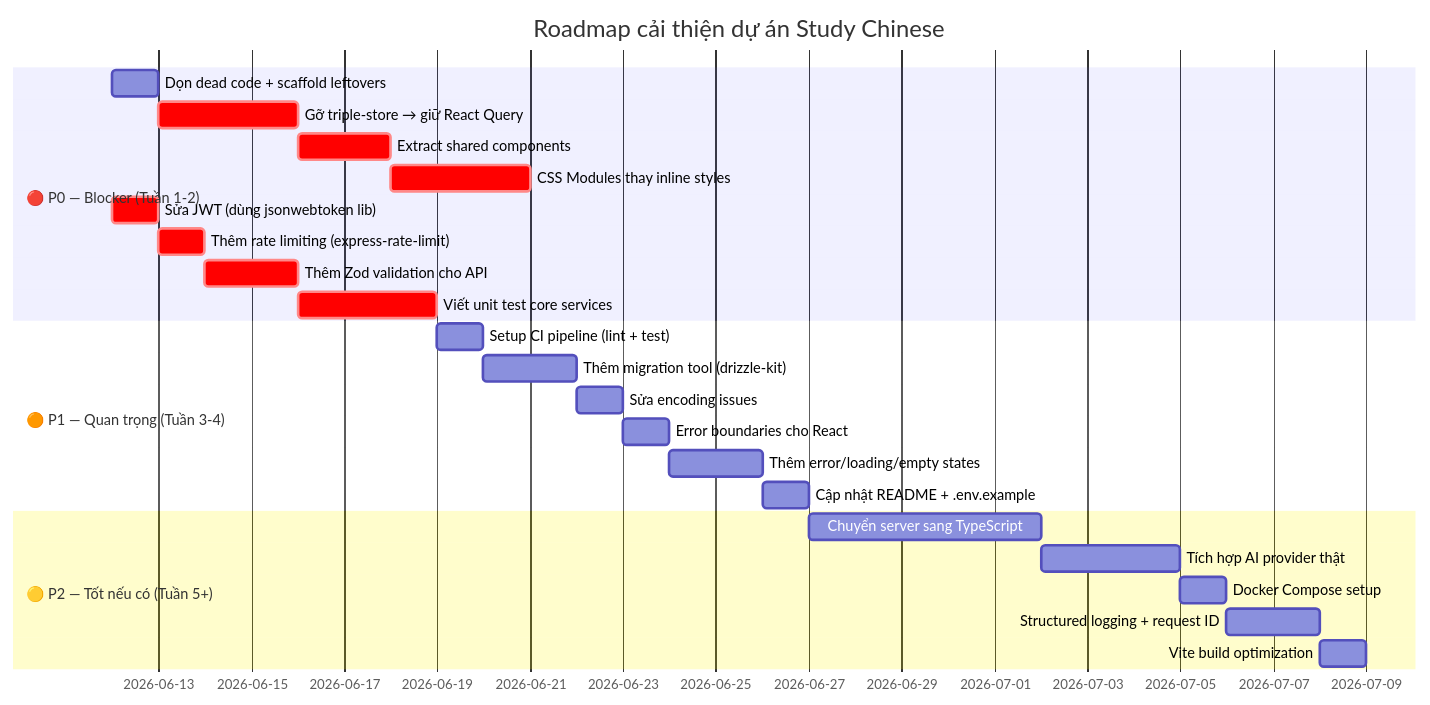
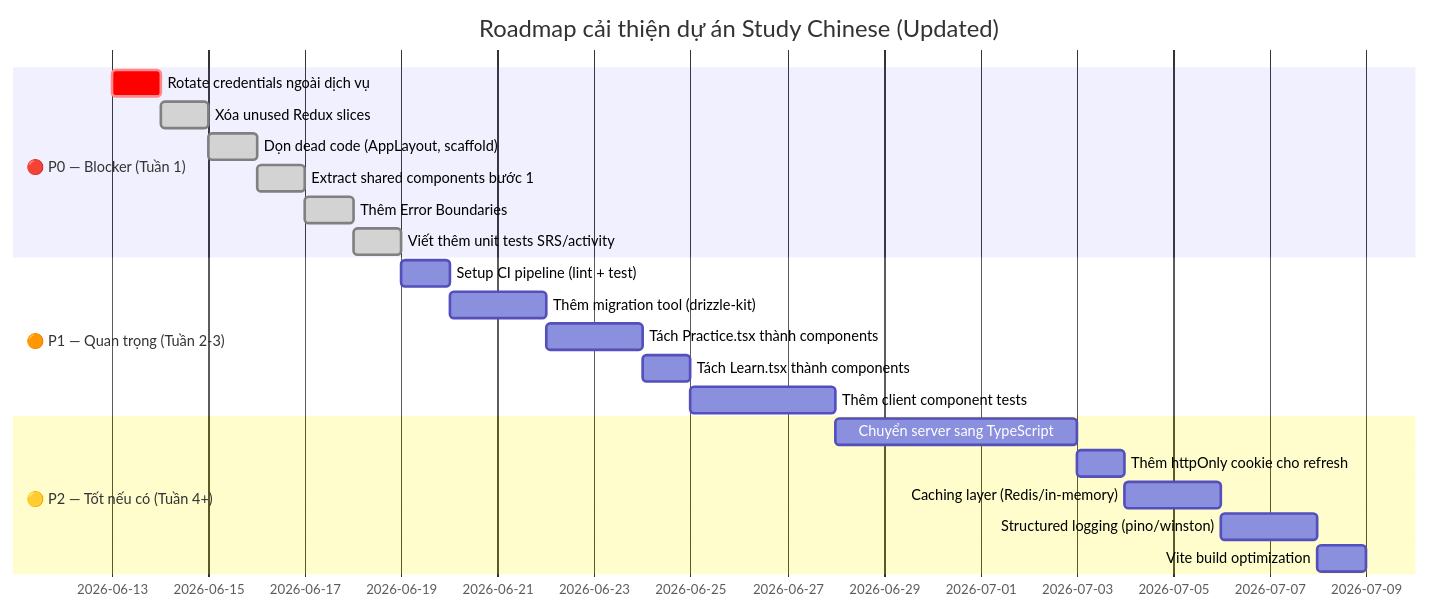
The second of 2 diagrams in docs/review_report.md (nbatho/study-chinese), drawn with Mermaid before and after one commit. The commit also changed other lines of this file and 46 other files, not shown here.

````diff
--- a/docs/review_report.md
+++ b/docs/review_report.md
@@ -437,30 +503,27 @@
 ```mermaid
 gantt
-    title Roadmap cải thiện dự án Study Chinese
+    title Roadmap cải thiện dự án Study Chinese (Updated)
     dateFormat  YYYY-MM-DD
     
-    section 🔴 P0 — Blocker (Tuần 1-2)
-    Dọn dead code + scaffold leftovers    :a0, 2026-06-12, 1d
-    Gỡ triple-store → giữ React Query    :crit, a1, after a0, 3d
-    Extract shared components             :crit, a2, after a1, 2d
-    CSS Modules thay inline styles        :crit, a3, after a2, 3d
-    Sửa JWT (dùng jsonwebtoken lib)       :crit, a4, 2026-06-12, 1d
-    Thêm rate limiting (express-rate-limit):crit, a5, after a4, 1d
-    Thêm Zod validation cho API           :crit, a6, after a5, 2d
-    Viết unit test core services          :crit, a7, after a6, 3d
+    section 🔴 P0 — Blocker (Tuần 1)
+    Rotate credentials ngoài dịch vụ    :crit, a0, 2026-06-13, 1d
+    Xóa unused Redux slices            :done, a1, after a0, 1d
+    Dọn dead code (AppLayout, scaffold):done, a2, after a1, 1d
+    Extract shared components bước 1    :done, a3, after a2, 1d
+    Thêm Error Boundaries               :done, a4, after a3, 1d
+    Viết thêm unit tests SRS/activity   :done, a5, after a4, 1d
     
-    section 🟠 P1 — Quan trọng (Tuần 3-4)
-    Setup CI pipeline (lint + test)       :b1, after a7, 1d
-    Thêm migration tool (drizzle-kit)     :b2, after b1, 2d
-    Sửa encoding issues                  :b3, after b2, 1d
-    Error boundaries cho React            :b4, after b3, 1d
-    Thêm error/loading/empty states       :b5, after b4, 2d
-    Cập nhật README + .env.example        :b6, after b5, 1d
+    section 🟠 P1 — Quan trọng (Tuần 2-3)
+    Setup CI pipeline (lint + test)     :b1, after a5, 1d
+    Thêm migration tool (drizzle-kit)   :b2, after b1, 2d
+    Tách Practice.tsx thành components  :b3, after b2, 2d
+    Tách Learn.tsx thành components     :b4, after b3, 1d
+    Thêm client component tests        :b5, after b4, 3d
     
-    section 🟡 P2 — Tốt nếu có (Tuần 5+)
-    Chuyển server sang TypeScript         :c1, after b6, 5d
-    Tích hợp AI provider thật            :c2, after c1, 3d
-    Docker Compose setup                  :c3, after c2, 1d
-    Structured logging + request ID       :c4, after c3, 2d
-    Vite build optimization               :c5, after c4, 1d
+    section 🟡 P2 — Tốt nếu có (Tuần 4+)
+    Chuyển server sang TypeScript       :c1, after b5, 5d
+    Thêm httpOnly cookie cho refresh   :c2, after c1, 1d
+    Caching layer (Redis/in-memory)    :c3, after c2, 2d
+    Structured logging (pino/winston)  :c4, after c3, 2d
+    Vite build optimization            :c5, after c4, 1d
 ```
````
